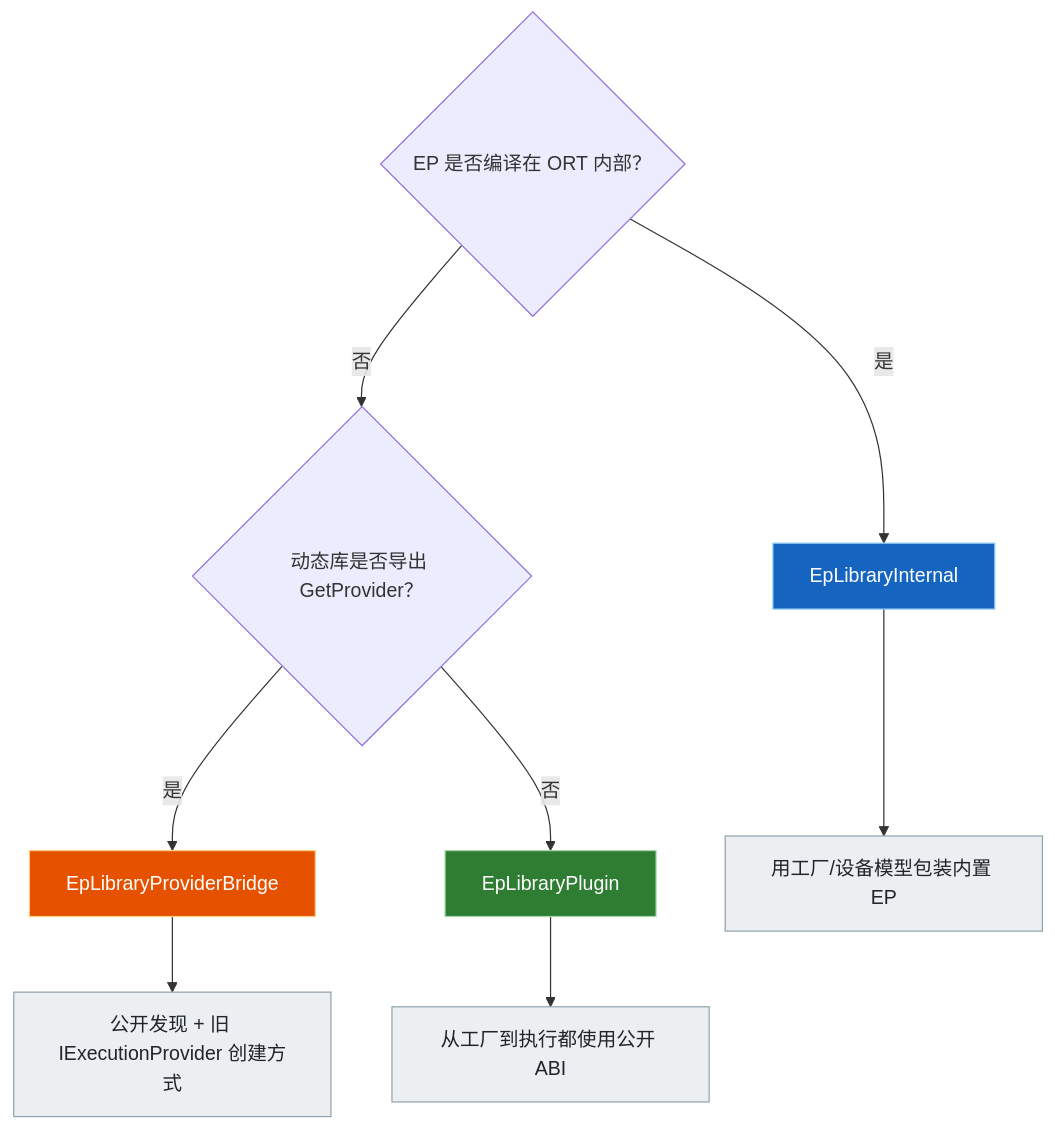
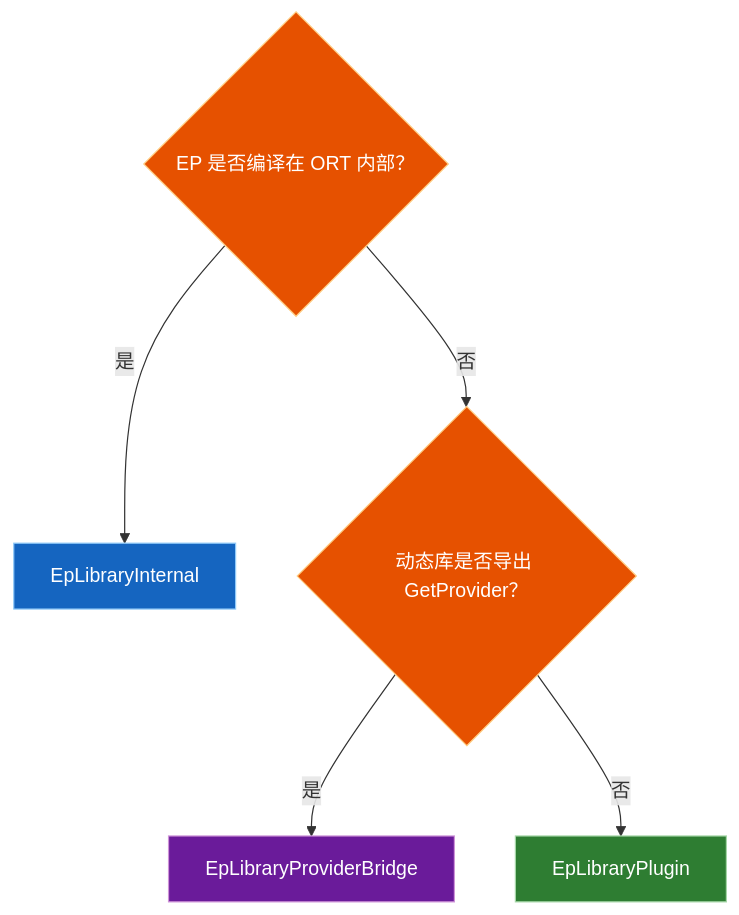
Before and after one commit to DakeQQ/Tutorial-ONNX-Runtime-Execution-Providers: the fourth of 13 diagrams in PluginEP/README.zh-CN.md, drawn with Mermaid. The commit also changed other lines of this file and 15 other files, not shown here.

````diff
--- a/PluginEP/README.zh-CN.md
+++ b/PluginEP/README.zh-CN.md
@@ -122,18 +120,16 @@
 ```mermaid
 flowchart TD
-    Q{"EP 是否编译在 ORT 内部？"}
-    Q -->|是| I["EpLibraryInternal"]
+    Q{"EP 是否编译在 ORT 内部？"} -->|是| I["EpLibraryInternal"]
     Q -->|否| G{"动态库是否导出 GetProvider？"}
     G -->|是| B["EpLibraryProviderBridge"]
     G -->|否| P["EpLibraryPlugin"]
 
-    I --> I1["用工厂/设备模型包装内置 EP"]
-    B --> B1["公开发现 + 旧 IExecutionProvider 创建方式"]
-    P --> P1["从工厂到执行都使用公开 ABI"]
-
-    style I fill:#1565c0,stroke:#90caf9,color:#ffffff
-    style B fill:#e65100,stroke:#ffcc80,color:#ffffff
-    style P fill:#2e7d32,stroke:#a5d6a7,color:#ffffff
-    classDef note fill:#eceff1,stroke:#90a4ae,color:#20242b
-    class I1,B1,P1 note
+    class Q,G orange
+    class I blue
+    class B purple
+    class P green
+    classDef orange fill:#e65100,stroke:#ffcc80,color:#ffffff
+    classDef blue fill:#1565c0,stroke:#90caf9,color:#ffffff
+    classDef purple fill:#6a1b9a,stroke:#ce93d8,color:#ffffff
+    classDef green fill:#2e7d32,stroke:#a5d6a7,color:#ffffff
 ```
````
